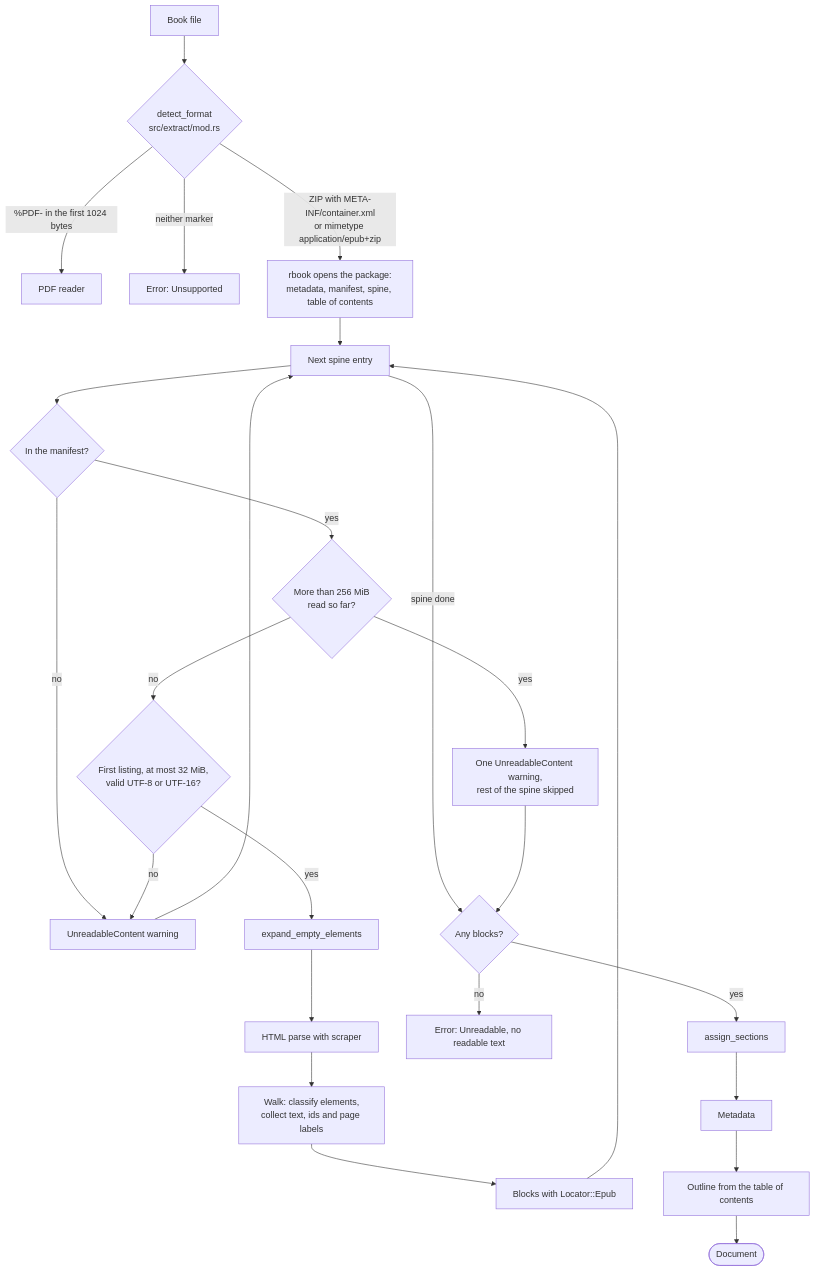
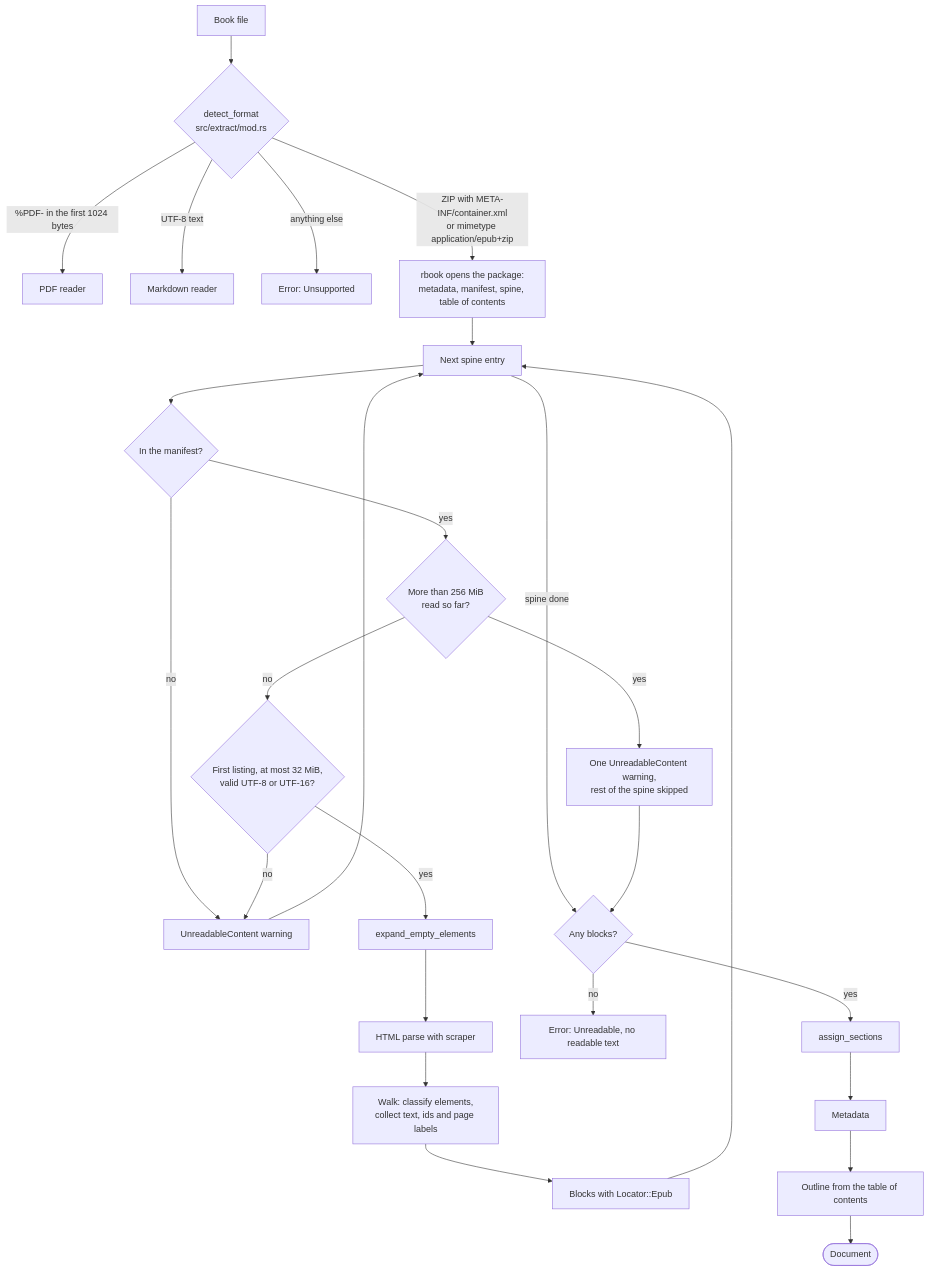
One commit to AhmedKishki/ebook-hero changed the diagram in docs/epub-reading.md. Above: the diagram before and after it, drawn with Mermaid. The commit also changed other lines of this file and 21 other files, not shown here.

````diff
--- a/docs/epub-reading.md
+++ b/docs/epub-reading.md
@@ -7,27 +7,28 @@
 ```mermaid
 flowchart TD
     file["Book file"] --> detect{"detect_format<br/>src/extract/mod.rs"}
     detect -->|"%PDF- in the first 1024 bytes"| pdf["PDF reader"]
-    detect -->|"neither marker"| unsupported["Error: Unsupported"]
+    detect -->|"UTF-8 text"| markdown["Markdown reader"]
+    detect -->|"anything else"| unsupported["Error: Unsupported"]
     detect -->|"ZIP with META-INF/container.xml<br/>or mimetype application/epub+zip"| open["rbook opens the package:<br/>metadata, manifest, spine, table of contents"]
     open --> item["Next spine entry"]
     item --> manifest{"In the manifest?"}
     manifest -->|no| warn["UnreadableContent warning"]
     manifest -->|yes| budget{"More than 256 MiB<br/>read so far?"}
     budget -->|yes| stop["One UnreadableContent warning,<br/>rest of the spine skipped"]
     budget -->|no| checks{"First listing, at most 32 MiB,<br/>valid UTF-8 or UTF-16?"}
     checks -->|no| warn
     warn --> item
     checks -->|yes| repair["expand_empty_elements"]
     repair --> parse["HTML parse with scraper"]
     parse --> walk["Walk: classify elements,<br/>collect text, ids and page labels"]
     walk --> blocks["Blocks with Locator::Epub"]
     blocks --> item
     item -->|"spine done"| any{"Any blocks?"}
     stop --> any
     any -->|no| err["Error: Unreadable, no readable text"]
     any -->|yes| sections["assign_sections"]
     sections --> meta["Metadata"]
     meta --> toc["Outline from the table of contents"]
     toc --> doc(["Document"])
 ```
````
